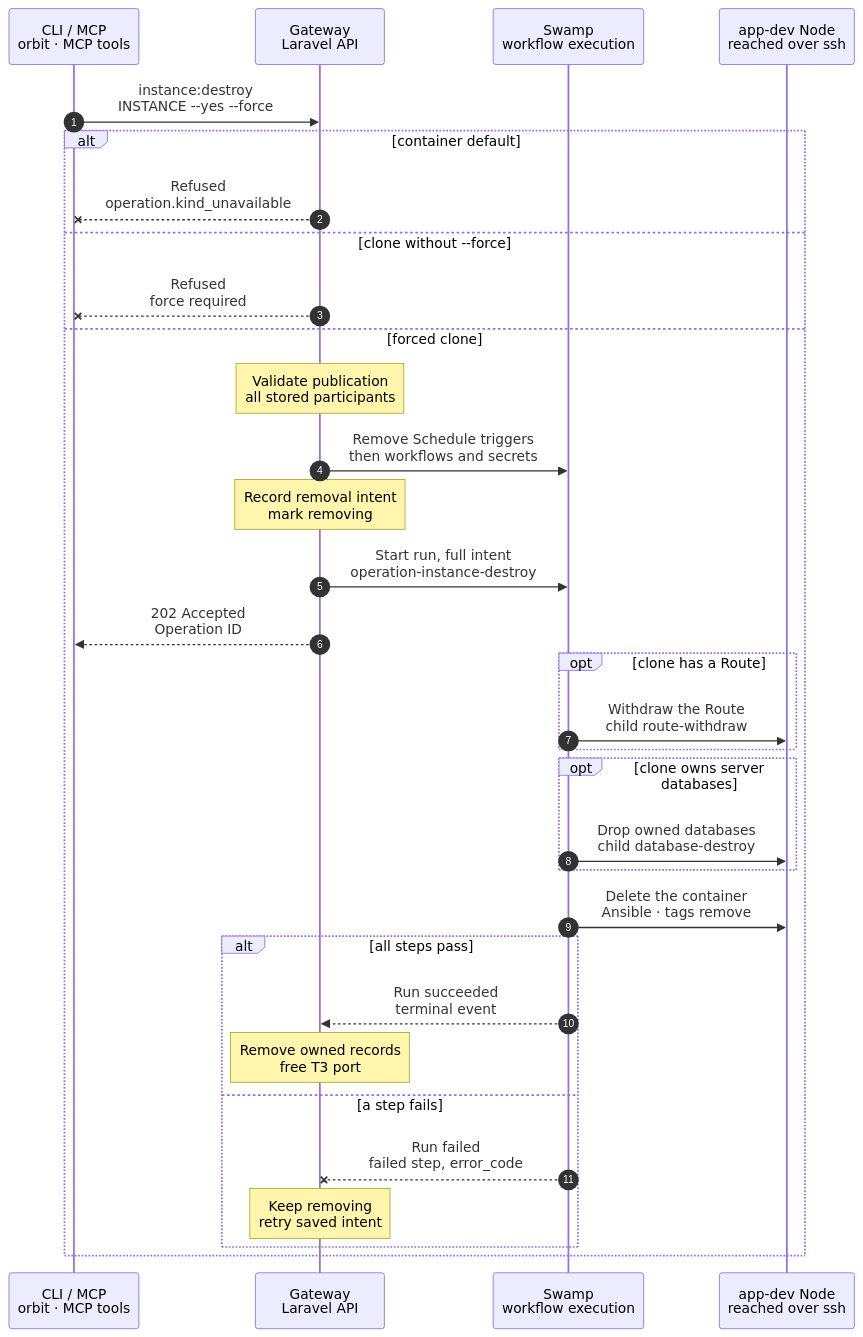
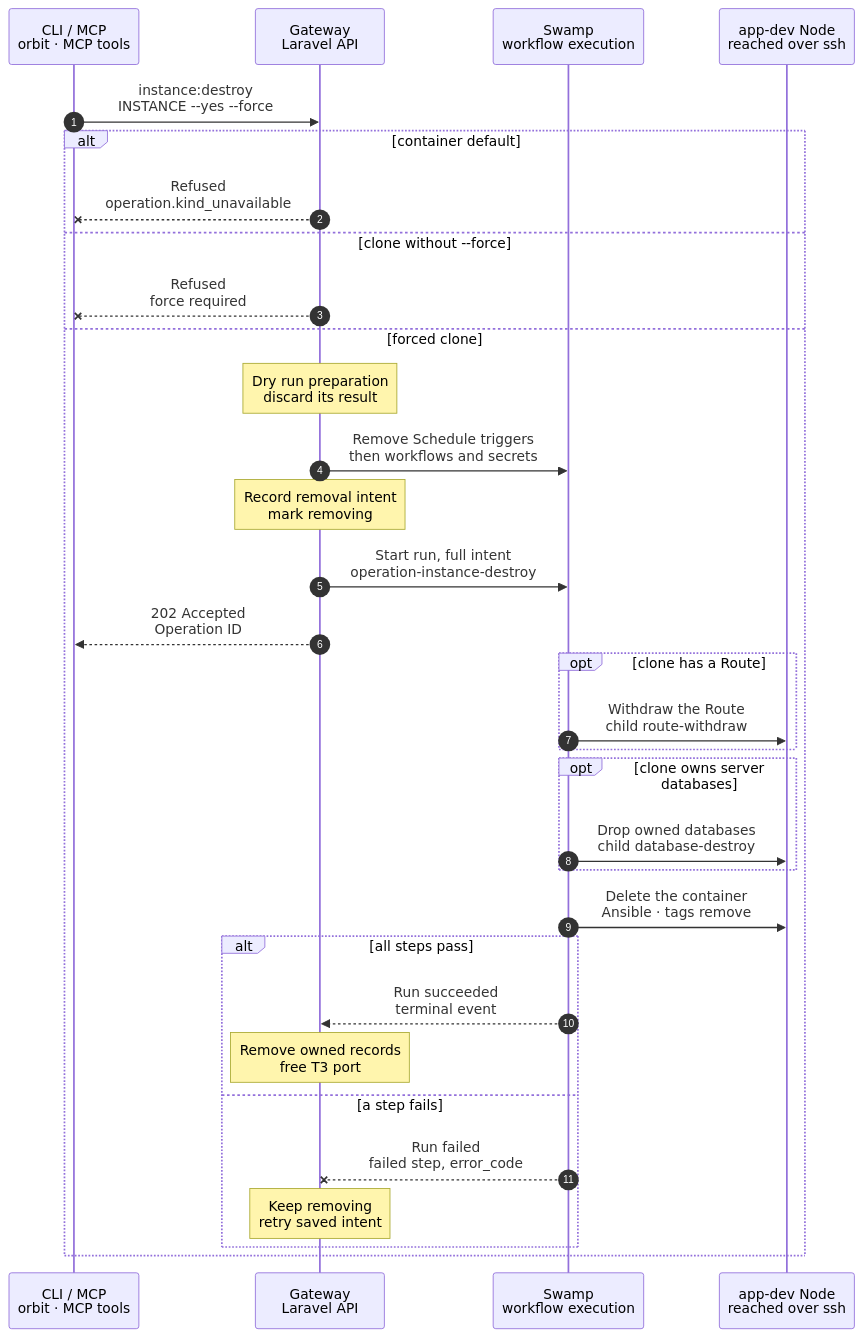
Before and after one commit to hardimpactdev/orbit: the diagram in docs/cli/instance/container/destroy.mmd, drawn with Mermaid. The commit also changed 4 other files, not shown here.

Commit message:
docs(instance): specify a discarded preparation before Schedule removal

```diff
--- a/docs/cli/instance/container/destroy.mmd
+++ b/docs/cli/instance/container/destroy.mmd
@@ -1,92 +1,92 @@
 sequenceDiagram
   %% Non-default container cleanup. Conn admission precedes this forced engine; CLI admission keeps its existing rules.
   %% status: draft
   %% command: instance:destroy
   %% kind: instance.destroy
   autonumber
   %% lane CLI icon=terminal pill=caller tone=gray
   %% lane GW icon=gateway pill=intent tone=blue
   %% lane SW icon=workflow pill=executes tone=green
   %% lane N icon=server pill=target tone=amber
   participant CLI as CLI / MCP<br/>orbit · MCP tools
   participant GW as Gateway<br/>Laravel API
   participant SW as Swamp<br/>workflow execution
   participant N as app-dev Node<br/>reached over ssh
   CLI->>GW: instance:destroy<br/>INSTANCE --yes --force
   %% path: main
   %%> Conn admission:
   %%> - POST /api/v1/conn/instances/ID/destroy requires an Idempotency-Key and acknowledge_unsaved as a JSON boolean
   %%> - the caller needs access to the Instance's Node; a missing Instance is 404
   %%> - a default answers 409 instance.default_protected; a host checkout answers 409 instance.not_container
   %%> - without acknowledgement, answer 409 instance.unsaved_work with unknown state and null counts; no container Git observations exist yet
   %%> - these refusals change no Schedule, Route, database, pairing, environment or Operation, and never probe the container
   %%> - acknowledged removal uses this same engine with force=true; all existing engine blockers keep their codes
   %%> - the same key and request returns the same Operation with 202, including after Instance deletion; a changed request is an idempotency conflict
   %%> CLI requirements:
   %%> - Node access to the Instance's Node and no other lifecycle Operation holds the Instance
   %%> - this slice supports a non-default container Instance, cloned or migrated; the Instance named `default` remains unavailable
   %%> - `--force` is required until guarded removal is built; no work or turn check runs
   alt container default
     %% path: default-unavailable
     GW--xCLI: Refused<br/>operation.kind_unavailable
   else clone without --force
     %% path: force-required
     GW--xCLI: Refused<br/>force required
     %%> Code:
     %%> - `instance.container_destroy_force_required`
   else forced clone
     %% path: admitted
-    Note over GW: Validate publication<br/>all stored participants
+    Note over GW: Dry run preparation<br/>discard its result
     %%> Result:
     %%> - capture the clone's container identity, Route, Processes and owned databases
-    %%> - all callers prepare the complete removal once: every publication Node, SSH pin, Caddyfile, PHP configuration and DNS state must pass before any Schedule effect
-    %%> - this preparation changes no desired state, records no intent and stages no execution copy
+    %%> - all callers try the same pure preparation that admission uses; discard its result before any Schedule effect
+    %%> - the dry run checks publication Nodes, SSH pins, Caddy, PHP and DNS; it changes no state, records no intent, stages no copy and takes no Route hold
     %%> - keep its runtime row, address and T3 port reserved until terminal success
     %%> - Conn refuses new pairings while the Instance is removing
     GW->>SW: Remove Schedule triggers<br/>then workflows and secrets
     %%> Failure boundary:
     %%> - a validation refusal leaves Schedules untouched; a Schedule removal failure keeps the Instance and Route active and records no destroy Operation
-    %%> Admission recheck:
-    %%> - a dependency that changes while a destroy is being admitted refuses it; Schedules may already be stopped
-    %%> - re-read the database set and attachments in the short admission transaction; keep no lock across Schedule calls
+    %%> Fresh admission:
+    %%> - if a fact changes after the dry run, admission uses its current value and may refuse; Schedules may already be stopped
+    %%> - build all publication, participant, database, member, runtime, Route and root facts fresh in the admission transaction; keep no lock across Schedule calls
     Note over GW: Record removal intent<br/>mark removing
     %%> Result:
-    %%> - persist the prepared input without rendering or validating publication again; mark the Instance removing and the Route retiring in the existing intent transaction
+    %%> - call the same preparation again inside the admission transaction; record only this fresh intent, then mark the Instance removing and the Route retiring
     GW->>SW: Start run, full intent<br/>operation-instance-destroy
     GW-->>CLI: 202 Accepted<br/>Operation ID
     opt clone has a Route
       %% path: routed
       SW->>N: Withdraw the Route<br/>child route-withdraw
       %%> Caddy publication:
       %%> - on the Node, wait at most 5 s for the publish lock; compare the composed-from SHA-256 with the live file, then validate, rename and reload under that lock
       %%> - a changed base refuses with `caddy.composed_from_live_mismatch`; a busy lock refuses with `caddy.publish_busy`; the live Caddyfile stays unchanged and the normal failure path runs
     end
     opt clone owns server databases
       %% path: server-database
       SW->>N: Drop owned databases<br/>child database-destroy
     end
     SW->>N: Delete the container<br/>Ansible · tags remove
     %%> What it does:
     %%> - stops and deletes the clone, its Processes, T3 history, snapshots, storage volume and proxy device
     %%> - deleting T3 retires every session and unused pairing link; no T3 call or new vault key is needed
     %%> - removes its `instance-<id>` ACL from Incus project `default`, its owned UFW rules, its Node repository mirror and its private Node mail activation state
     %%> - checks that the container and storage volume are absent; already absent resources are removed
     %%> - the default and sibling clones stay; a migrated Instance's retained Git directory is untouched and can be purged only by hand
     alt all steps pass
       %% path: succeeded
       SW-->>GW: Run succeeded<br/>terminal event
       Note over GW: Remove owned records<br/>free T3 port
       %%> Result:
       %%> - remove Instance execution copies and Conn's copies, environment and pairings, even while Conn is disabled
       %%> - delete the Route, Processes, owned database records, runtime row and Instance
       %%> - keep `retained_git_path` and `retained_git_at` in the destroy Operation result so retention stays findable after the Instance row goes
       %%> - deleting the runtime row frees the published T3 port and bridge address
     else a step fails
       %% path: removal-failed
       SW--xGW: Run failed<br/>failed step, error_code
       Note over GW: Keep removing<br/>retry saved intent
       %%> Retry:
       %%> - a fresh forced destroy reuses the removal identity and accepts resources already gone
       %%> - after withdrawal the Route stays down; records and the reserved port stay until success
     end
   end
```
